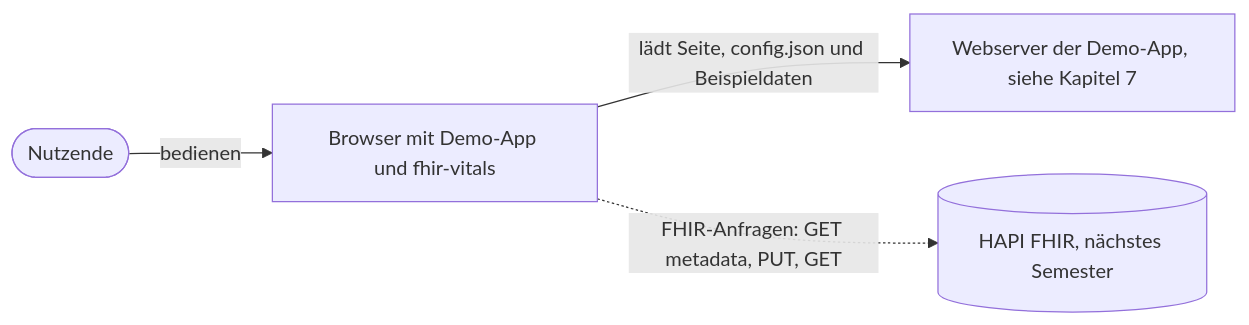
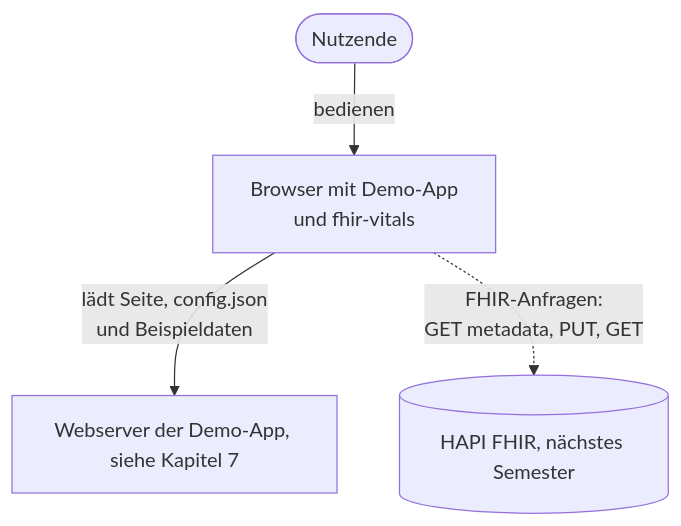
Before and after one commit to forschungsgruppe-digital-health/angular-fhir-vitals: the diagram in docs/architektur/03-kontextabgrenzung.md, drawn with Mermaid. The commit also changed 1 other file, not shown here.

Commit message:
Keep GitHub's zoom buttons off the diagrams in chapters 3 and 7
- GitHub draws its zoom and pan buttons over the bottom-right corner
  of every Mermaid diagram. They hid part of the HAPI FHIR node in
  chapter 3 and of the GitHub Pages node in chapter 7
- Draw chapter 3 top-down and break its edge labels at fixed points,
  so "GET metadata" stays on one line
- Draw chapter 7 bottom-up, which moves GitHub Pages to the top. No
  top-down or left-to-right layout keeps the corner free
- Break the browser label in chapter 3 before "und fhir-vitals", so
  the VS Code preview no longer splits fhir-vitals at its hyphen

````diff
--- a/docs/architektur/03-kontextabgrenzung.md
+++ b/docs/architektur/03-kontextabgrenzung.md
@@ -9,12 +9,12 @@
 ```mermaid
-flowchart LR
+flowchart TB
   accTitle: Kontext der Demo-App
   accDescr: Nutzende bedienen die Demo-App im Browser. Der Browser lädt Seite, config.json und Beispieldaten vom Webserver der Demo-App. Seine FHIR-Anfragen schickt er an localhost:8080. Dort antwortet erst im nächsten Semester HAPI FHIR.
   User(["Nutzende"])
-  App["Browser mit Demo-App und fhir-vitals"]
+  App["Browser mit Demo-App<br>und fhir-vitals"]
   Web["Webserver der Demo-App, siehe Kapitel 7"]
   HAPI[("HAPI FHIR, nächstes Semester")]
   User -- "bedienen" --> App
-  App -- "lädt Seite, config.json und Beispieldaten" --> Web
-  App -. "FHIR-Anfragen: GET metadata, PUT, GET" .-> HAPI
+  App -- "lädt Seite, config.json<br>und Beispieldaten" --> Web
+  App -. "FHIR-Anfragen:<br>GET metadata, PUT, GET" .-> HAPI
 ```
````
